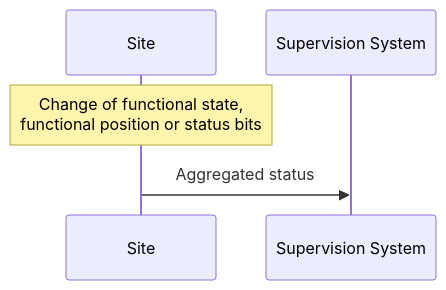
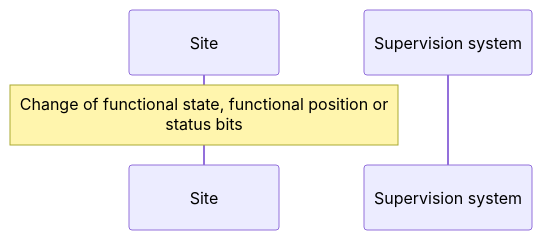
One commit to rsmp-nordic/rsmp_core changed the eighth of 16 diagrams in pages/applicability/basic_structure.md. Above: the diagram before and after it, drawn with Mermaid. The commit also changed other lines of this file and 25 other files, not shown here.

````diff
--- a/pages/applicability/basic_structure.md
+++ b/pages/applicability/basic_structure.md
@@ -628,7 +648,6 @@
 ```mermaid
 sequenceDiagram
     participant A as Site
-    participant B as Supervision System
-    Note over A: Change of functional state,<br/>functional position or status bits
-    A->>B: Aggregated status
+    participant B as Supervision system
+    Note over A: Change of functional state, functional position or<br/>status bits
 ```
````
